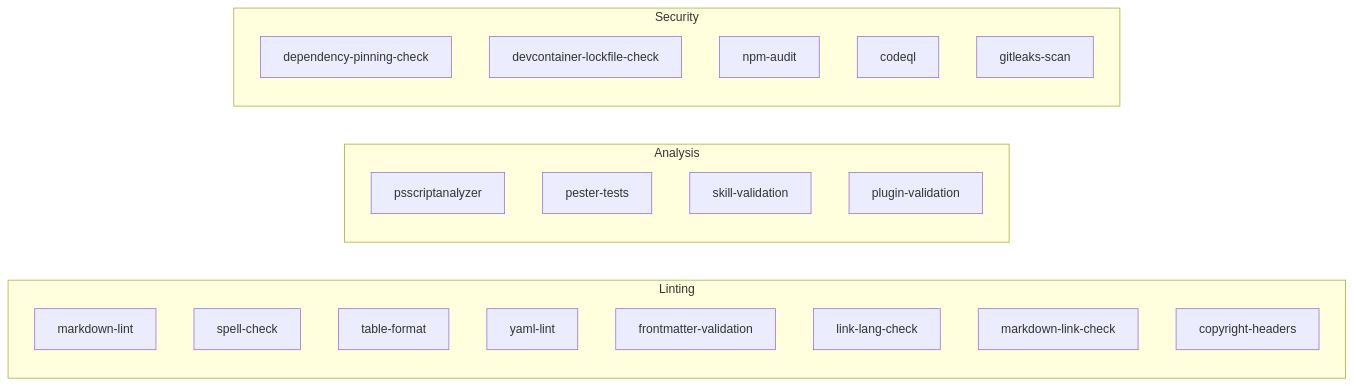
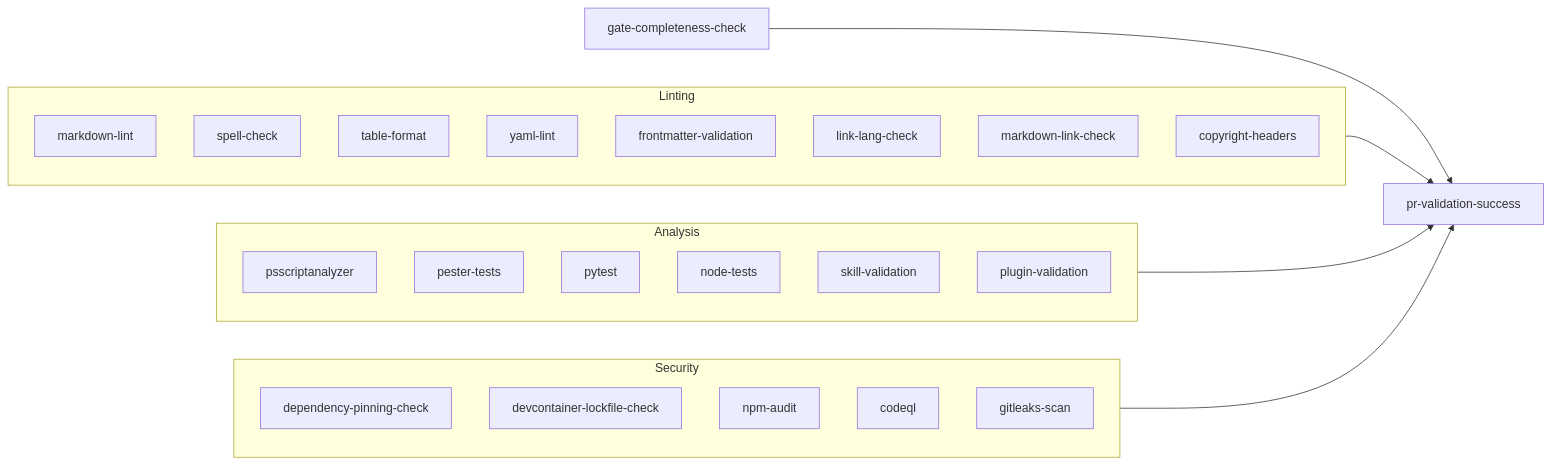
Before and after one commit to MohammedAlkindi/hve-core: the second of 3 diagrams in docs/architecture/workflows.md, drawn with Mermaid. The commit also changed other lines of this file, not shown here.

First line of the commit message:
docs(architecture): describe the pr-validation merge gate

````diff
--- a/docs/architecture/workflows.md
+++ b/docs/architecture/workflows.md
@@ -154,30 +154,37 @@
 ```mermaid
 flowchart LR
     accTitle: Pull Request Validation Job Groups
-    accDescr: Linting, analysis, and security checks run as parallel validation groups to provide fast pull request feedback.
+    accDescr: Linting, analysis, and security validation groups run in parallel, then every job feeds the pr-validation-success aggregator gate that branch protection requires.
     subgraph "Linting"
         ML[markdown-lint]
         SC[spell-check]
         TF[table-format]
         YL[yaml-lint]
         FV[frontmatter-validation]
         LLC[link-lang-check]
         MLC[markdown-link-check]
         CH[copyright-headers]
     end
 
     subgraph "Analysis"
         PSA[psscriptanalyzer]
         PT[pester-tests]
+        PY[pytest]
+        NT[node-tests]
         SV[skill-validation]
         PV[plugin-validation]
     end
 
     subgraph "Security"
         DPC[dependency-pinning-check]
         DCL[devcontainer-lockfile-check]
         NA[npm-audit]
         CQL[codeql]
         GLS[gitleaks-scan]
     end
+
+    Linting --> GATE[pr-validation-success]
+    Analysis --> GATE
+    Security --> GATE
+    GCC[gate-completeness-check] --> GATE
 ```
````
